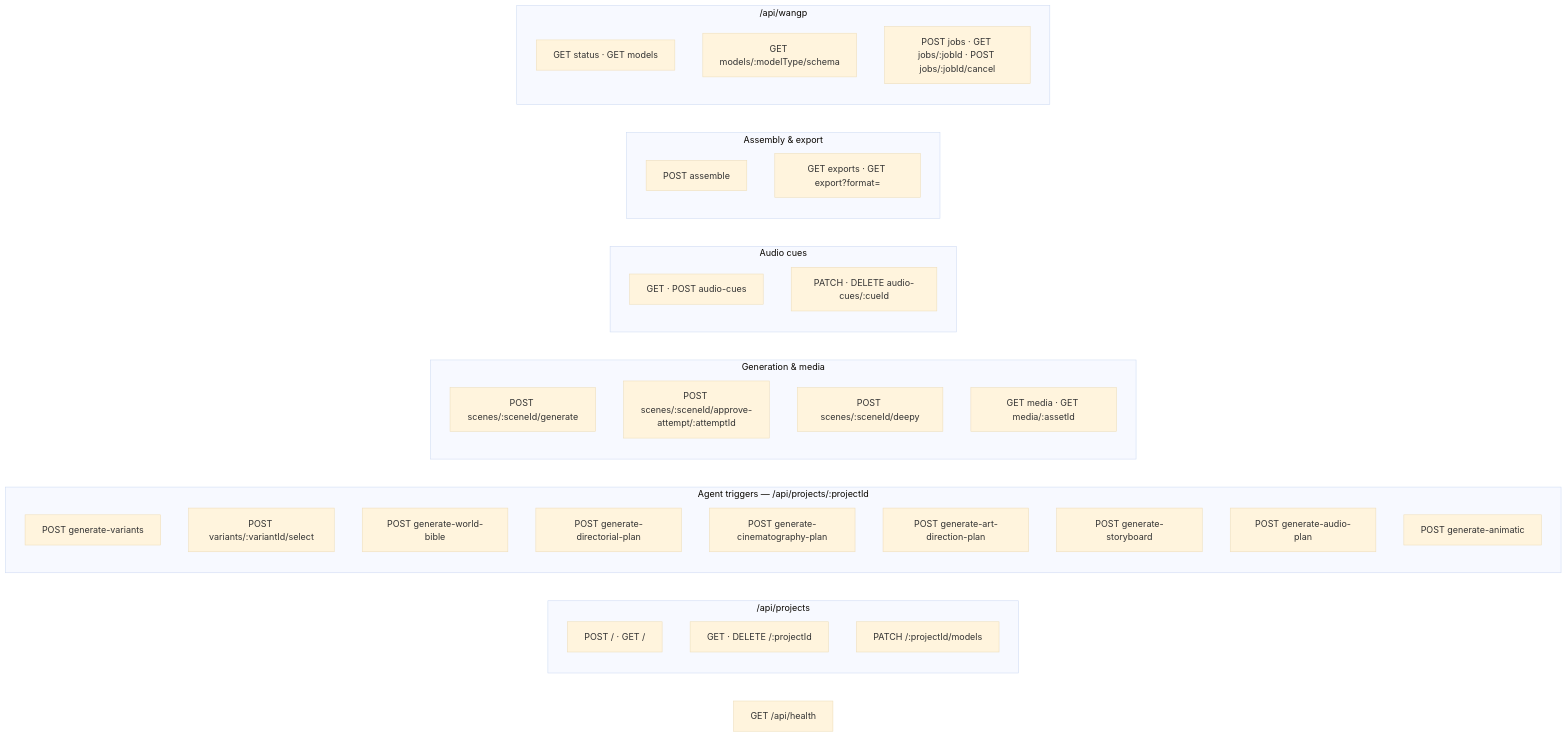
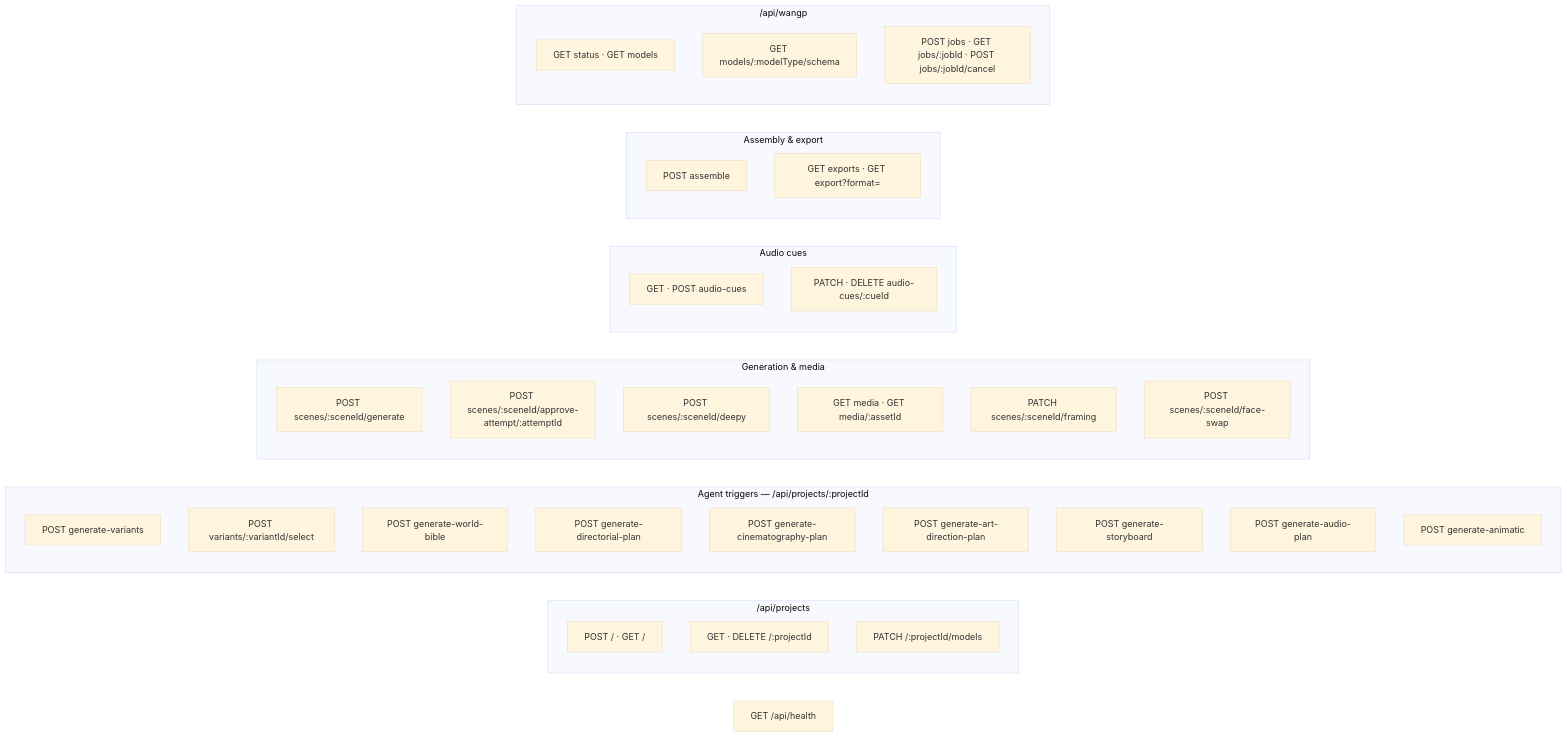
One commit to jamesbas/storyforgeai changed diagram 14 of 17 in architecture.md. Above: the diagram before and after it, drawn with Mermaid (base theme). The commit also changed other lines of this file and 8 other files, not shown here.

First line of the commit message:
Add a manual face swap for repairing one rendered frame

````diff
--- a/architecture.md
+++ b/architecture.md
@@ -896,39 +910,41 @@
 ```mermaid
 flowchart LR
     subgraph proj["/api/projects"]
         p1["POST / · GET /"]
         p2["GET · DELETE /:projectId"]
         p3["PATCH /:projectId/models"]
     end
     subgraph agentsapi["Agent triggers — /api/projects/:projectId"]
         a1["POST generate-variants"]
         a2["POST variants/:variantId/select"]
         a3["POST generate-world-bible"]
         a4["POST generate-directorial-plan"]
         a5["POST generate-cinematography-plan"]
         a6["POST generate-art-direction-plan"]
         a7["POST generate-storyboard"]
         a8["POST generate-audio-plan"]
         a9["POST generate-animatic"]
     end
     subgraph gen["Generation & media"]
         g1["POST scenes/:sceneId/generate"]
         g2["POST scenes/:sceneId/approve-attempt/:attemptId"]
         g3["POST scenes/:sceneId/deepy"]
         g4["GET media · GET media/:assetId"]
+        g5["PATCH scenes/:sceneId/framing"]
+        g6["POST scenes/:sceneId/face-swap"]
     end
     subgraph audio["Audio cues"]
         c1["GET · POST audio-cues"]
         c2["PATCH · DELETE audio-cues/:cueId"]
     end
     subgraph out["Assembly & export"]
         o1["POST assemble"]
         o2["GET exports · GET export?format="]
     end
     subgraph wg["/api/wangp"]
         w1["GET status · GET models"]
         w2["GET models/:modelType/schema"]
         w3["POST jobs · GET jobs/:jobId · POST jobs/:jobId/cancel"]
     end
     h["GET /api/health"]
 ```
````
